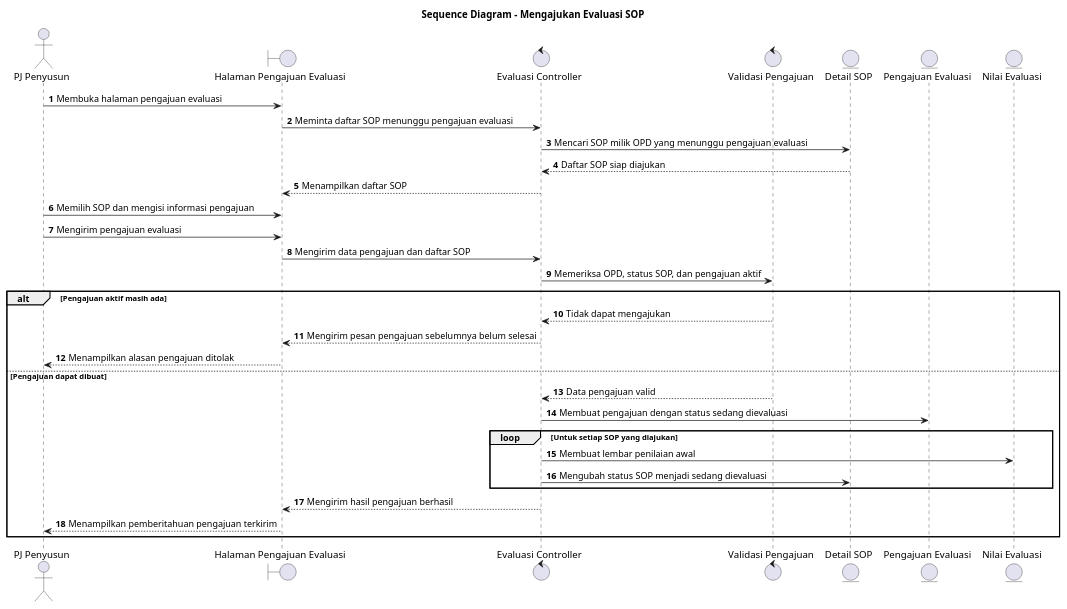
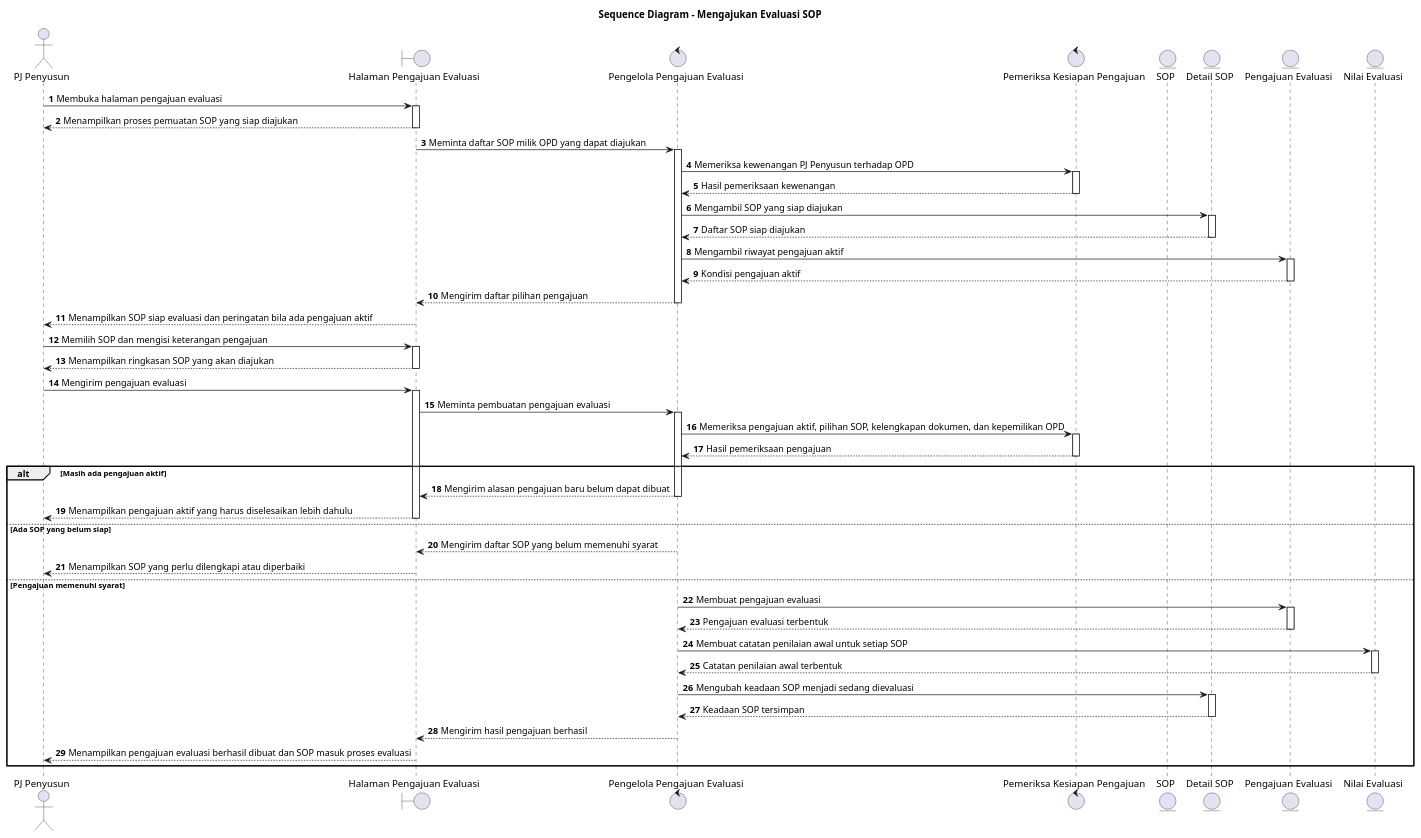
The diagram in docs/sequence/pj-penyusun-mengajukan-evaluasi-sop.md (howlil/sop-generate-app), drawn with PlantUML before and after one commit. The commit also changed other lines of this file and 90 other files, not shown here.

````diff
--- a/docs/sequence/pj-penyusun-mengajukan-evaluasi-sop.md
+++ b/docs/sequence/pj-penyusun-mengajukan-evaluasi-sop.md
@@ -16,41 +16,52 @@
 ```plantuml
 @startuml
 title Sequence Diagram - Mengajukan Evaluasi SOP
 autonumber
+autoactivate on
 
-actor "PJ Penyusun" as Aktor
-boundary "Halaman Pengajuan Evaluasi" as UI
-control "Evaluasi Controller" as EvalCtrl
-control "Validasi Pengajuan" as Validasi
-entity "Detail SOP" as Detail
+actor "PJ Penyusun" as A
+boundary "Halaman Pengajuan Evaluasi" as B
+control "Pengelola Pengajuan Evaluasi" as C
+control "Pemeriksa Kesiapan Pengajuan" as D
+entity "SOP" as SOP
+entity "Detail SOP" as DetailSOP
 entity "Pengajuan Evaluasi" as Pengajuan
 entity "Nilai Evaluasi" as Nilai
 
-Aktor -> UI : Membuka halaman pengajuan evaluasi
-UI -> EvalCtrl : Meminta daftar SOP menunggu pengajuan evaluasi
-EvalCtrl -> Detail : Mencari SOP milik OPD yang menunggu pengajuan evaluasi
-Detail --> EvalCtrl : Daftar SOP siap diajukan
-EvalCtrl --> UI : Menampilkan daftar SOP
+A -> B : Membuka halaman pengajuan evaluasi
+B --> A : Menampilkan proses pemuatan SOP yang siap diajukan
+B -> C : Meminta daftar SOP milik OPD yang dapat diajukan
+C -> D : Memeriksa kewenangan PJ Penyusun terhadap OPD
+D --> C : Hasil pemeriksaan kewenangan
+C -> DetailSOP : Mengambil SOP yang siap diajukan
+DetailSOP --> C : Daftar SOP siap diajukan
+C -> Pengajuan : Mengambil riwayat pengajuan aktif
+Pengajuan --> C : Kondisi pengajuan aktif
+C --> B : Mengirim daftar pilihan pengajuan
+B --> A : Menampilkan SOP siap evaluasi dan peringatan bila ada pengajuan aktif
 
-Aktor -> UI : Memilih SOP dan mengisi informasi pengajuan
-Aktor -> UI : Mengirim pengajuan evaluasi
-UI -> EvalCtrl : Mengirim data pengajuan dan daftar SOP
-EvalCtrl -> Validasi : Memeriksa OPD, status SOP, dan pengajuan aktif
-
-alt Pengajuan aktif masih ada
-  Validasi --> EvalCtrl : Tidak dapat mengajukan
-  EvalCtrl --> UI : Mengirim pesan pengajuan sebelumnya belum selesai
-  UI --> Aktor : Menampilkan alasan pengajuan ditolak
-else Pengajuan dapat dibuat
-  Validasi --> EvalCtrl : Data pengajuan valid
-  EvalCtrl -> Pengajuan : Membuat pengajuan dengan status sedang dievaluasi
-  loop Untuk setiap SOP yang diajukan
-    EvalCtrl -> Nilai : Membuat lembar penilaian awal
-    EvalCtrl -> Detail : Mengubah status SOP menjadi sedang dievaluasi
-  end
-  EvalCtrl --> UI : Mengirim hasil pengajuan berhasil
-  UI --> Aktor : Menampilkan pemberitahuan pengajuan terkirim
+A -> B : Memilih SOP dan mengisi keterangan pengajuan
+B --> A : Menampilkan ringkasan SOP yang akan diajukan
+A -> B : Mengirim pengajuan evaluasi
+B -> C : Meminta pembuatan pengajuan evaluasi
+C -> D : Memeriksa pengajuan aktif, pilihan SOP, kelengkapan dokumen, dan kepemilikan OPD
+D --> C : Hasil pemeriksaan pengajuan
+alt Masih ada pengajuan aktif
+  C --> B : Mengirim alasan pengajuan baru belum dapat dibuat
+  B --> A : Menampilkan pengajuan aktif yang harus diselesaikan lebih dahulu
+else Ada SOP yang belum siap
+  C --> B : Mengirim daftar SOP yang belum memenuhi syarat
+  B --> A : Menampilkan SOP yang perlu dilengkapi atau diperbaiki
+else Pengajuan memenuhi syarat
+  C -> Pengajuan : Membuat pengajuan evaluasi
+  Pengajuan --> C : Pengajuan evaluasi terbentuk
+  C -> Nilai : Membuat catatan penilaian awal untuk setiap SOP
+  Nilai --> C : Catatan penilaian awal terbentuk
+  C -> DetailSOP : Mengubah keadaan SOP menjadi sedang dievaluasi
+  DetailSOP --> C : Keadaan SOP tersimpan
+  C --> B : Mengirim hasil pengajuan berhasil
+  B --> A : Menampilkan pengajuan evaluasi berhasil dibuat dan SOP masuk proses evaluasi
 end
 
 @enduml
 ```
````
